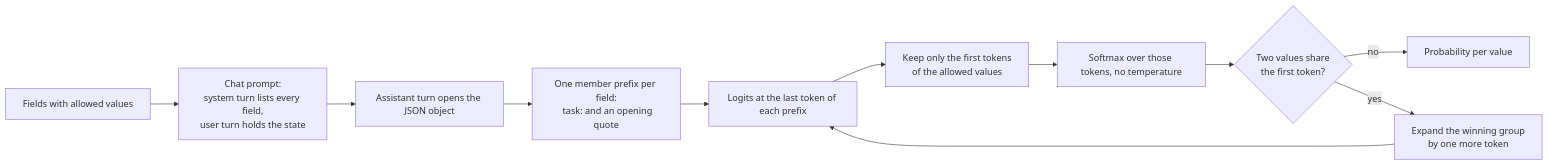
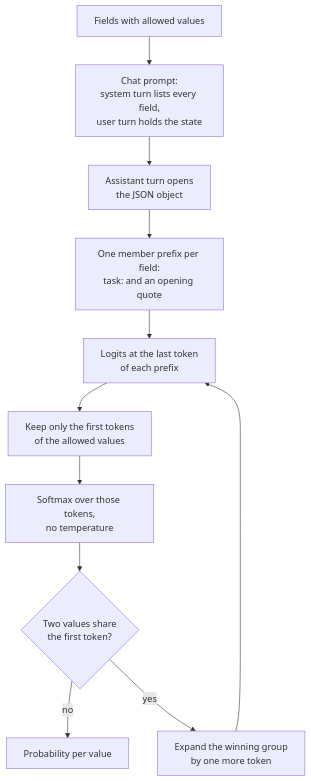
One commit to fontlaborg/ornotto changed the third of 7 diagrams in src_docs/md/03-engines.md. Above: the diagram before and after it, drawn with Mermaid. The commit also changed other lines of this file and 10 other files, not shown here.

Commit message:
Make the diagrams legible and match the theme

````diff
--- a/src_docs/md/03-engines.md
+++ b/src_docs/md/03-engines.md
@@ -143,13 +145,14 @@
 ```mermaid
-flowchart LR
+%%{init: {"flowchart": {"useMaxWidth": false}}}%%
+flowchart TD
     Q["Fields with allowed values"] --> C["Chat prompt:<br>system turn lists every field,<br>user turn holds the state"]
-    C --> O["Assistant turn opens the JSON object"]
-    O --> M["One member prefix per field:<br>  task: and an opening quote"]
-    M --> L["Logits at the last token of each prefix"]
+    C --> O["Assistant turn opens<br>the JSON object"]
+    O --> M["One member prefix per field:<br>task: and an opening quote"]
+    M --> L["Logits at the last token<br>of each prefix"]
     L --> A["Keep only the first tokens<br>of the allowed values"]
-    A --> X["Softmax over those tokens, no temperature"]
+    A --> X["Softmax over those tokens,<br>no temperature"]
     X --> D{"Two values share<br>the first token?"}
     D -- "no" --> R["Probability per value"]
     D -- "yes" --> E["Expand the winning group<br>by one more token"]
     E --> L
 ```
````
